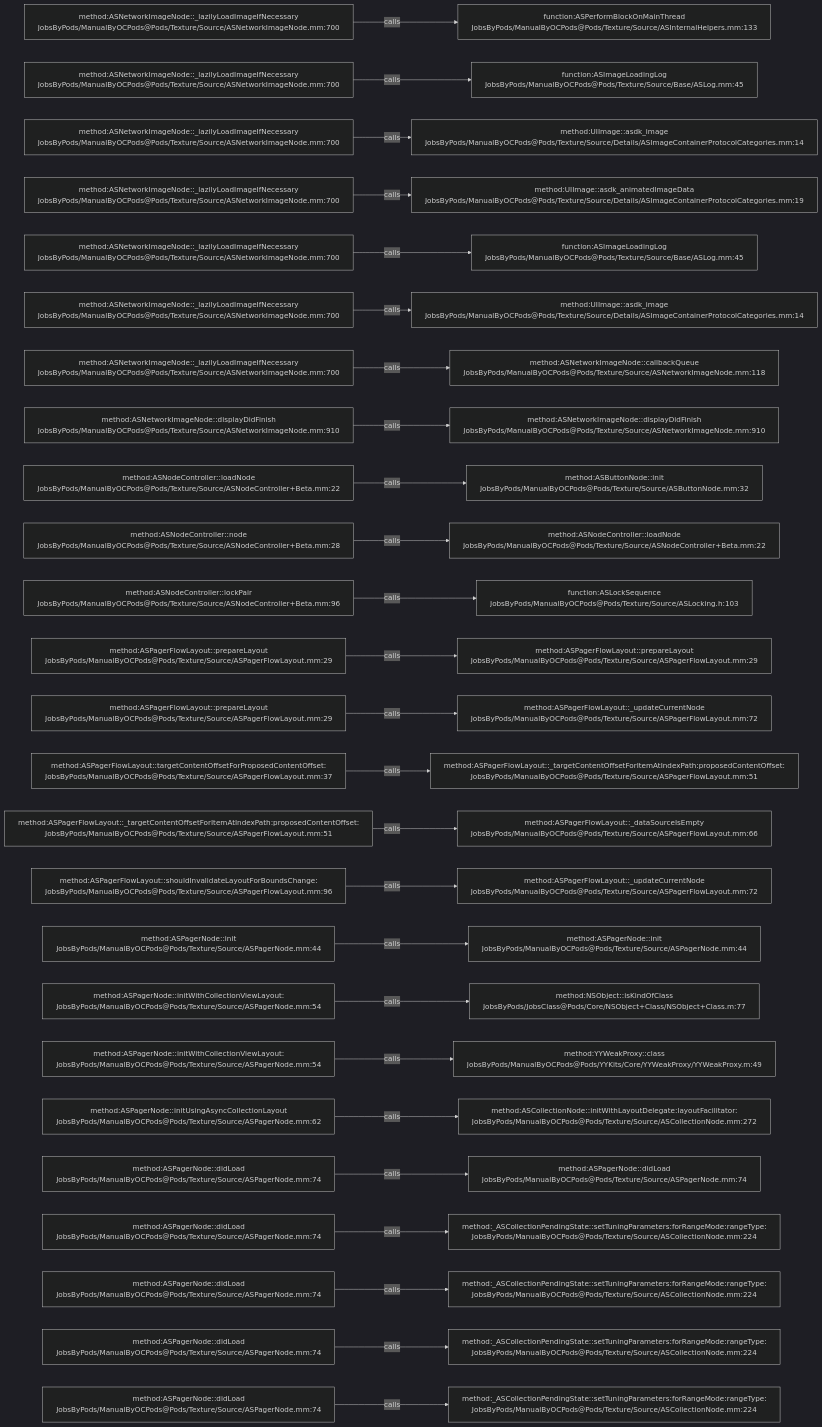
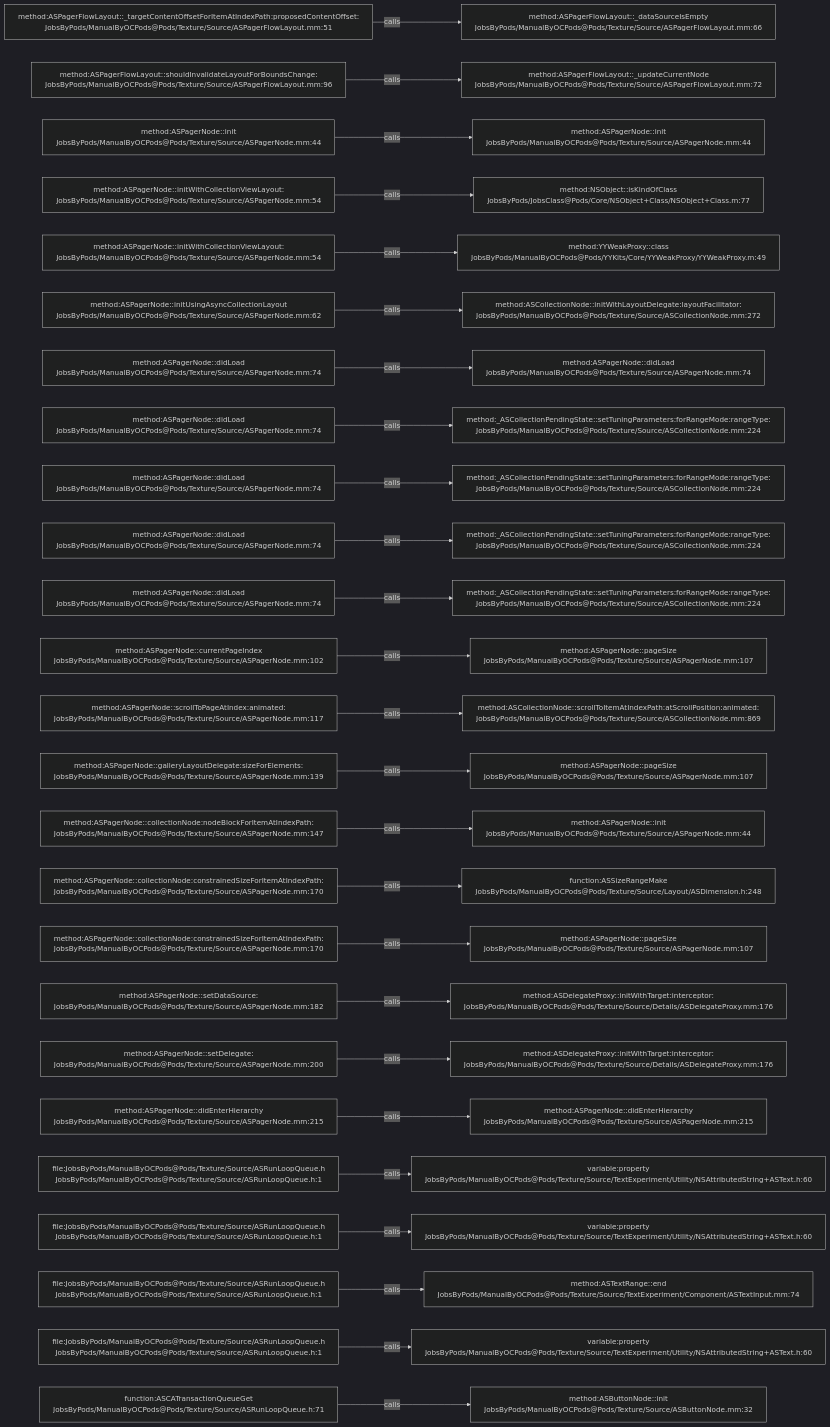
Before and after one commit to JobsKits/JobsOCBaseConfigDemo: the diagram in .codegraph/codegraph.md/graphs/calls-121.md, drawn with Mermaid (dark theme). The commit also changed 296 other files, not shown here.

````diff
--- a/.codegraph/codegraph.md/graphs/calls-121.md
+++ b/.codegraph/codegraph.md/graphs/calls-121.md
@@ -13,78 +13,78 @@
 ```mermaid
 flowchart LR
-  S1["method:ASNetworkImageNode::_lazilyLoadImageIfNecessary<br/>JobsByPods/ManualByOCPods@Pods/Texture/Source/ASNetworkImageNode.mm:700"]
-  T1["function:ASPerformBlockOnMainThread<br/>JobsByPods/ManualByOCPods@Pods/Texture/Source/ASInternalHelpers.mm:133"]
+  S1["method:ASPagerFlowLayout::_targetContentOffsetForItemAtIndexPath:proposedContentOffset:<br/>JobsByPods/ManualByOCPods@Pods/Texture/Source/ASPagerFlowLayout.mm:51"]
+  T1["method:ASPagerFlowLayout::_dataSourceIsEmpty<br/>JobsByPods/ManualByOCPods@Pods/Texture/Source/ASPagerFlowLayout.mm:66"]
   S1 -->|calls| T1
-  S2["method:ASNetworkImageNode::_lazilyLoadImageIfNecessary<br/>JobsByPods/ManualByOCPods@Pods/Texture/Source/ASNetworkImageNode.mm:700"]
-  T2["function:ASImageLoadingLog<br/>JobsByPods/ManualByOCPods@Pods/Texture/Source/Base/ASLog.mm:45"]
+  S2["method:ASPagerFlowLayout::shouldInvalidateLayoutForBoundsChange:<br/>JobsByPods/ManualByOCPods@Pods/Texture/Source/ASPagerFlowLayout.mm:96"]
+  T2["method:ASPagerFlowLayout::_updateCurrentNode<br/>JobsByPods/ManualByOCPods@Pods/Texture/Source/ASPagerFlowLayout.mm:72"]
   S2 -->|calls| T2
-  S3["method:ASNetworkImageNode::_lazilyLoadImageIfNecessary<br/>JobsByPods/ManualByOCPods@Pods/Texture/Source/ASNetworkImageNode.mm:700"]
-  T3["method:UIImage::asdk_image<br/>JobsByPods/ManualByOCPods@Pods/Texture/Source/Details/ASImageContainerProtocolCategories.mm:14"]
+  S3["method:ASPagerNode::init<br/>JobsByPods/ManualByOCPods@Pods/Texture/Source/ASPagerNode.mm:44"]
+  T3["method:ASPagerNode::init<br/>JobsByPods/ManualByOCPods@Pods/Texture/Source/ASPagerNode.mm:44"]
   S3 -->|calls| T3
-  S4["method:ASNetworkImageNode::_lazilyLoadImageIfNecessary<br/>JobsByPods/ManualByOCPods@Pods/Texture/Source/ASNetworkImageNode.mm:700"]
-  T4["method:UIImage::asdk_animatedImageData<br/>JobsByPods/ManualByOCPods@Pods/Texture/Source/Details/ASImageContainerProtocolCategories.mm:19"]
+  S4["method:ASPagerNode::initWithCollectionViewLayout:<br/>JobsByPods/ManualByOCPods@Pods/Texture/Source/ASPagerNode.mm:54"]
+  T4["method:NSObject::isKindOfClass<br/>JobsByPods/JobsClass@Pods/Core/NSObject+Class/NSObject+Class.m:77"]
   S4 -->|calls| T4
-  S5["method:ASNetworkImageNode::_lazilyLoadImageIfNecessary<br/>JobsByPods/ManualByOCPods@Pods/Texture/Source/ASNetworkImageNode.mm:700"]
-  T5["function:ASImageLoadingLog<br/>JobsByPods/ManualByOCPods@Pods/Texture/Source/Base/ASLog.mm:45"]
+  S5["method:ASPagerNode::initWithCollectionViewLayout:<br/>JobsByPods/ManualByOCPods@Pods/Texture/Source/ASPagerNode.mm:54"]
+  T5["method:YYWeakProxy::class<br/>JobsByPods/ManualByOCPods@Pods/YYKits/Core/YYWeakProxy/YYWeakProxy.m:49"]
   S5 -->|calls| T5
-  S6["method:ASNetworkImageNode::_lazilyLoadImageIfNecessary<br/>JobsByPods/ManualByOCPods@Pods/Texture/Source/ASNetworkImageNode.mm:700"]
-  T6["method:UIImage::asdk_image<br/>JobsByPods/ManualByOCPods@Pods/Texture/Source/Details/ASImageContainerProtocolCategories.mm:14"]
+  S6["method:ASPagerNode::initUsingAsyncCollectionLayout<br/>JobsByPods/ManualByOCPods@Pods/Texture/Source/ASPagerNode.mm:62"]
+  T6["method:ASCollectionNode::initWithLayoutDelegate:layoutFacilitator:<br/>JobsByPods/ManualByOCPods@Pods/Texture/Source/ASCollectionNode.mm:272"]
   S6 -->|calls| T6
-  S7["method:ASNetworkImageNode::_lazilyLoadImageIfNecessary<br/>JobsByPods/ManualByOCPods@Pods/Texture/Source/ASNetworkImageNode.mm:700"]
-  T7["method:ASNetworkImageNode::callbackQueue<br/>JobsByPods/ManualByOCPods@Pods/Texture/Source/ASNetworkImageNode.mm:118"]
+  S7["method:ASPagerNode::didLoad<br/>JobsByPods/ManualByOCPods@Pods/Texture/Source/ASPagerNode.mm:74"]
+  T7["method:ASPagerNode::didLoad<br/>JobsByPods/ManualByOCPods@Pods/Texture/Source/ASPagerNode.mm:74"]
   S7 -->|calls| T7
-  S8["method:ASNetworkImageNode::displayDidFinish<br/>JobsByPods/ManualByOCPods@Pods/Texture/Source/ASNetworkImageNode.mm:910"]
-  T8["method:ASNetworkImageNode::displayDidFinish<br/>JobsByPods/ManualByOCPods@Pods/Texture/Source/ASNetworkImageNode.mm:910"]
+  S8["method:ASPagerNode::didLoad<br/>JobsByPods/ManualByOCPods@Pods/Texture/Source/ASPagerNode.mm:74"]
+  T8["method:_ASCollectionPendingState::setTuningParameters:forRangeMode:rangeType:<br/>JobsByPods/ManualByOCPods@Pods/Texture/Source/ASCollectionNode.mm:224"]
   S8 -->|calls| T8
-  S9["method:ASNodeController::loadNode<br/>JobsByPods/ManualByOCPods@Pods/Texture/Source/ASNodeController+Beta.mm:22"]
-  T9["method:ASButtonNode::init<br/>JobsByPods/ManualByOCPods@Pods/Texture/Source/ASButtonNode.mm:32"]
+  S9["method:ASPagerNode::didLoad<br/>JobsByPods/ManualByOCPods@Pods/Texture/Source/ASPagerNode.mm:74"]
+  T9["method:_ASCollectionPendingState::setTuningParameters:forRangeMode:rangeType:<br/>JobsByPods/ManualByOCPods@Pods/Texture/Source/ASCollectionNode.mm:224"]
   S9 -->|calls| T9
-  S10["method:ASNodeController::node<br/>JobsByPods/ManualByOCPods@Pods/Texture/Source/ASNodeController+Beta.mm:28"]
-  T10["method:ASNodeController::loadNode<br/>JobsByPods/ManualByOCPods@Pods/Texture/Source/ASNodeController+Beta.mm:22"]
+  S10["method:ASPagerNode::didLoad<br/>JobsByPods/ManualByOCPods@Pods/Texture/Source/ASPagerNode.mm:74"]
+  T10["method:_ASCollectionPendingState::setTuningParameters:forRangeMode:rangeType:<br/>JobsByPods/ManualByOCPods@Pods/Texture/Source/ASCollectionNode.mm:224"]
   S10 -->|calls| T10
-  S11["method:ASNodeController::lockPair<br/>JobsByPods/ManualByOCPods@Pods/Texture/Source/ASNodeController+Beta.mm:96"]
-  T11["function:ASLockSequence<br/>JobsByPods/ManualByOCPods@Pods/Texture/Source/ASLocking.h:103"]
+  S11["method:ASPagerNode::didLoad<br/>JobsByPods/ManualByOCPods@Pods/Texture/Source/ASPagerNode.mm:74"]
+  T11["method:_ASCollectionPendingState::setTuningParameters:forRangeMode:rangeType:<br/>JobsByPods/ManualByOCPods@Pods/Texture/Source/ASCollectionNode.mm:224"]
   S11 -->|calls| T11
-  S12["method:ASPagerFlowLayout::prepareLayout<br/>JobsByPods/ManualByOCPods@Pods/Texture/Source/ASPagerFlowLayout.mm:29"]
-  T12["method:ASPagerFlowLayout::prepareLayout<br/>JobsByPods/ManualByOCPods@Pods/Texture/Source/ASPagerFlowLayout.mm:29"]
+  S12["method:ASPagerNode::currentPageIndex<br/>JobsByPods/ManualByOCPods@Pods/Texture/Source/ASPagerNode.mm:102"]
+  T12["method:ASPagerNode::pageSize<br/>JobsByPods/ManualByOCPods@Pods/Texture/Source/ASPagerNode.mm:107"]
   S12 -->|calls| T12
-  S13["method:ASPagerFlowLayout::prepareLayout<br/>JobsByPods/ManualByOCPods@Pods/Texture/Source/ASPagerFlowLayout.mm:29"]
-  T13["method:ASPagerFlowLayout::_updateCurrentNode<br/>JobsByPods/ManualByOCPods@Pods/Texture/Source/ASPagerFlowLayout.mm:72"]
+  S13["method:ASPagerNode::scrollToPageAtIndex:animated:<br/>JobsByPods/ManualByOCPods@Pods/Texture/Source/ASPagerNode.mm:117"]
+  T13["method:ASCollectionNode::scrollToItemAtIndexPath:atScrollPosition:animated:<br/>JobsByPods/ManualByOCPods@Pods/Texture/Source/ASCollectionNode.mm:869"]
   S13 -->|calls| T13
-  S14["method:ASPagerFlowLayout::targetContentOffsetForProposedContentOffset:<br/>JobsByPods/ManualByOCPods@Pods/Texture/Source/ASPagerFlowLayout.mm:37"]
-  T14["method:ASPagerFlowLayout::_targetContentOffsetForItemAtIndexPath:proposedContentOffset:<br/>JobsByPods/ManualByOCPods@Pods/Texture/Source/ASPagerFlowLayout.mm:51"]
+  S14["method:ASPagerNode::galleryLayoutDelegate:sizeForElements:<br/>JobsByPods/ManualByOCPods@Pods/Texture/Source/ASPagerNode.mm:139"]
+  T14["method:ASPagerNode::pageSize<br/>JobsByPods/ManualByOCPods@Pods/Texture/Source/ASPagerNode.mm:107"]
   S14 -->|calls| T14
-  S15["method:ASPagerFlowLayout::_targetContentOffsetForItemAtIndexPath:proposedContentOffset:<br/>JobsByPods/ManualByOCPods@Pods/Texture/Source/ASPagerFlowLayout.mm:51"]
-  T15["method:ASPagerFlowLayout::_dataSourceIsEmpty<br/>JobsByPods/ManualByOCPods@Pods/Texture/Source/ASPagerFlowLayout.mm:66"]
+  S15["method:ASPagerNode::collectionNode:nodeBlockForItemAtIndexPath:<br/>JobsByPods/ManualByOCPods@Pods/Texture/Source/ASPagerNode.mm:147"]
+  T15["method:ASPagerNode::init<br/>JobsByPods/ManualByOCPods@Pods/Texture/Source/ASPagerNode.mm:44"]
   S15 -->|calls| T15
-  S16["method:ASPagerFlowLayout::shouldInvalidateLayoutForBoundsChange:<br/>JobsByPods/ManualByOCPods@Pods/Texture/Source/ASPagerFlowLayout.mm:96"]
-  T16["method:ASPagerFlowLayout::_updateCurrentNode<br/>JobsByPods/ManualByOCPods@Pods/Texture/Source/ASPagerFlowLayout.mm:72"]
+  S16["method:ASPagerNode::collectionNode:constrainedSizeForItemAtIndexPath:<br/>JobsByPods/ManualByOCPods@Pods/Texture/Source/ASPagerNode.mm:170"]
+  T16["function:ASSizeRangeMake<br/>JobsByPods/ManualByOCPods@Pods/Texture/Source/Layout/ASDimension.h:248"]
   S16 -->|calls| T16
-  S17["method:ASPagerNode::init<br/>JobsByPods/ManualByOCPods@Pods/Texture/Source/ASPagerNode.mm:44"]
-  T17["method:ASPagerNode::init<br/>JobsByPods/ManualByOCPods@Pods/Texture/Source/ASPagerNode.mm:44"]
+  S17["method:ASPagerNode::collectionNode:constrainedSizeForItemAtIndexPath:<br/>JobsByPods/ManualByOCPods@Pods/Texture/Source/ASPagerNode.mm:170"]
+  T17["method:ASPagerNode::pageSize<br/>JobsByPods/ManualByOCPods@Pods/Texture/Source/ASPagerNode.mm:107"]
   S17 -->|calls| T17
-  S18["method:ASPagerNode::initWithCollectionViewLayout:<br/>JobsByPods/ManualByOCPods@Pods/Texture/Source/ASPagerNode.mm:54"]
-  T18["method:NSObject::isKindOfClass<br/>JobsByPods/JobsClass@Pods/Core/NSObject+Class/NSObject+Class.m:77"]
+  S18["method:ASPagerNode::setDataSource:<br/>JobsByPods/ManualByOCPods@Pods/Texture/Source/ASPagerNode.mm:182"]
+  T18["method:ASDelegateProxy::initWithTarget:interceptor:<br/>JobsByPods/ManualByOCPods@Pods/Texture/Source/Details/ASDelegateProxy.mm:176"]
   S18 -->|calls| T18
-  S19["method:ASPagerNode::initWithCollectionViewLayout:<br/>JobsByPods/ManualByOCPods@Pods/Texture/Source/ASPagerNode.mm:54"]
-  T19["method:YYWeakProxy::class<br/>JobsByPods/ManualByOCPods@Pods/YYKits/Core/YYWeakProxy/YYWeakProxy.m:49"]
+  S19["method:ASPagerNode::setDelegate:<br/>JobsByPods/ManualByOCPods@Pods/Texture/Source/ASPagerNode.mm:200"]
+  T19["method:ASDelegateProxy::initWithTarget:interceptor:<br/>JobsByPods/ManualByOCPods@Pods/Texture/Source/Details/ASDelegateProxy.mm:176"]
   S19 -->|calls| T19
-  S20["method:ASPagerNode::initUsingAsyncCollectionLayout<br/>JobsByPods/ManualByOCPods@Pods/Texture/Source/ASPagerNode.mm:62"]
-  T20["method:ASCollectionNode::initWithLayoutDelegate:layoutFacilitator:<br/>JobsByPods/ManualByOCPods@Pods/Texture/Source/ASCollectionNode.mm:272"]
+  S20["method:ASPagerNode::didEnterHierarchy<br/>JobsByPods/ManualByOCPods@Pods/Texture/Source/ASPagerNode.mm:215"]
+  T20["method:ASPagerNode::didEnterHierarchy<br/>JobsByPods/ManualByOCPods@Pods/Texture/Source/ASPagerNode.mm:215"]
   S20 -->|calls| T20
-  S21["method:ASPagerNode::didLoad<br/>JobsByPods/ManualByOCPods@Pods/Texture/Source/ASPagerNode.mm:74"]
-  T21["method:ASPagerNode::didLoad<br/>JobsByPods/ManualByOCPods@Pods/Texture/Source/ASPagerNode.mm:74"]
+  S21["file:JobsByPods/ManualByOCPods@Pods/Texture/Source/ASRunLoopQueue.h<br/>JobsByPods/ManualByOCPods@Pods/Texture/Source/ASRunLoopQueue.h:1"]
+  T21["variable:property<br/>JobsByPods/ManualByOCPods@Pods/Texture/Source/TextExperiment/Utility/NSAttributedString+ASText.h:60"]
   S21 -->|calls| T21
-  S22["method:ASPagerNode::didLoad<br/>JobsByPods/ManualByOCPods@Pods/Texture/Source/ASPagerNode.mm:74"]
-  T22["method:_ASCollectionPendingState::setTuningParameters:forRangeMode:rangeType:<br/>JobsByPods/ManualByOCPods@Pods/Texture/Source/ASCollectionNode.mm:224"]
+  S22["file:JobsByPods/ManualByOCPods@Pods/Texture/Source/ASRunLoopQueue.h<br/>JobsByPods/ManualByOCPods@Pods/Texture/Source/ASRunLoopQueue.h:1"]
+  T22["variable:property<br/>JobsByPods/ManualByOCPods@Pods/Texture/Source/TextExperiment/Utility/NSAttributedString+ASText.h:60"]
   S22 -->|calls| T22
-  S23["method:ASPagerNode::didLoad<br/>JobsByPods/ManualByOCPods@Pods/Texture/Source/ASPagerNode.mm:74"]
-  T23["method:_ASCollectionPendingState::setTuningParameters:forRangeMode:rangeType:<br/>JobsByPods/ManualByOCPods@Pods/Texture/Source/ASCollectionNode.mm:224"]
+  S23["file:JobsByPods/ManualByOCPods@Pods/Texture/Source/ASRunLoopQueue.h<br/>JobsByPods/ManualByOCPods@Pods/Texture/Source/ASRunLoopQueue.h:1"]
+  T23["method:ASTextRange::end<br/>JobsByPods/ManualByOCPods@Pods/Texture/Source/TextExperiment/Component/ASTextInput.mm:74"]
   S23 -->|calls| T23
-  S24["method:ASPagerNode::didLoad<br/>JobsByPods/ManualByOCPods@Pods/Texture/Source/ASPagerNode.mm:74"]
-  T24["method:_ASCollectionPendingState::setTuningParameters:forRangeMode:rangeType:<br/>JobsByPods/ManualByOCPods@Pods/Texture/Source/ASCollectionNode.mm:224"]
+  S24["file:JobsByPods/ManualByOCPods@Pods/Texture/Source/ASRunLoopQueue.h<br/>JobsByPods/ManualByOCPods@Pods/Texture/Source/ASRunLoopQueue.h:1"]
+  T24["variable:property<br/>JobsByPods/ManualByOCPods@Pods/Texture/Source/TextExperiment/Utility/NSAttributedString+ASText.h:60"]
   S24 -->|calls| T24
-  S25["method:ASPagerNode::didLoad<br/>JobsByPods/ManualByOCPods@Pods/Texture/Source/ASPagerNode.mm:74"]
-  T25["method:_ASCollectionPendingState::setTuningParameters:forRangeMode:rangeType:<br/>JobsByPods/ManualByOCPods@Pods/Texture/Source/ASCollectionNode.mm:224"]
+  S25["function:ASCATransactionQueueGet<br/>JobsByPods/ManualByOCPods@Pods/Texture/Source/ASRunLoopQueue.h:71"]
+  T25["method:ASButtonNode::init<br/>JobsByPods/ManualByOCPods@Pods/Texture/Source/ASButtonNode.mm:32"]
   S25 -->|calls| T25
 ```
````
